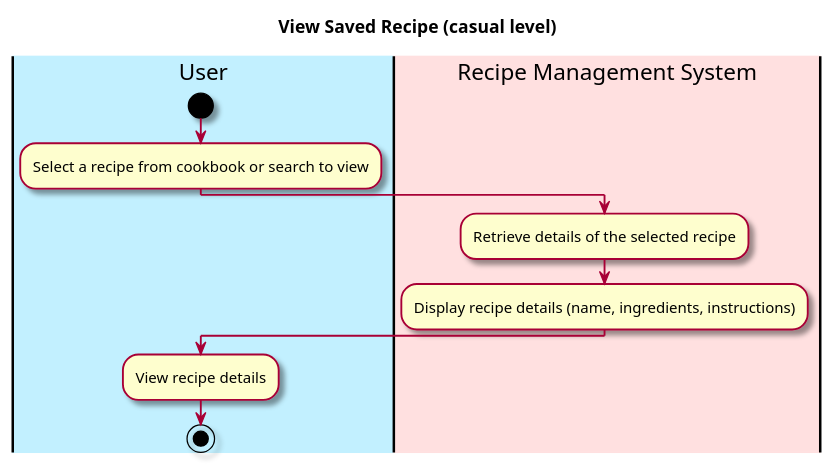
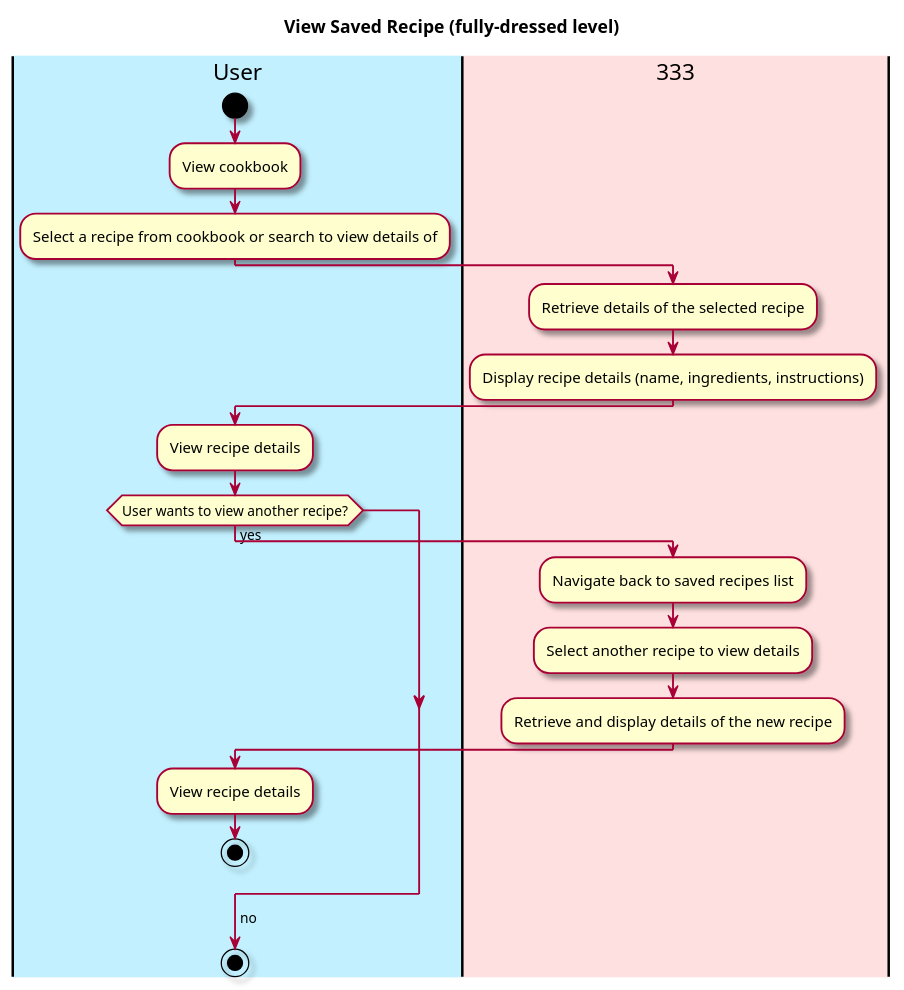
The first of 2 diagrams in intellij/doc/use-cases/view_saved_recipes.md (berthashipper/Pantry-Pal-Android-Application), drawn with PlantUML before and after one commit. The commit also changed other lines of this file and 3 other files, not shown here.

````diff
--- a/intellij/doc/use-cases/view_saved_recipes.md
+++ b/intellij/doc/use-cases/view_saved_recipes.md
@@ -26,24 +26,39 @@
 ```plantuml
 @startuml
 
 skin rose
 
-title View Saved Recipe (casual level)
+title View Saved Recipe (fully-dressed level)
 
 'define the lanes
 |#application|User|
 |#implementation|Recipe Management System|
 
 |User|
 start
-:Select a recipe from cookbook or search to view;
+:View cookbook;
+:Select a recipe from cookbook or search to view details of;
 |Recipe Management System|
 :Retrieve details of the selected recipe;
 :Display recipe details (name, ingredients, instructions);
 
 |User|
 :View recipe details;
 
+if (User wants to view another recipe?)
+    ->yes;
+    |Recipe Management System|333
+    :Navigate back to saved recipes list;
+    :Select another recipe to view details;
+    |Recipe Management System|
+    :Retrieve and display details of the new recipe;
+    |User|
+    :View recipe details;
+    stop
+endif
+->no;
+
 stop
+
 @enduml
 ```
````
